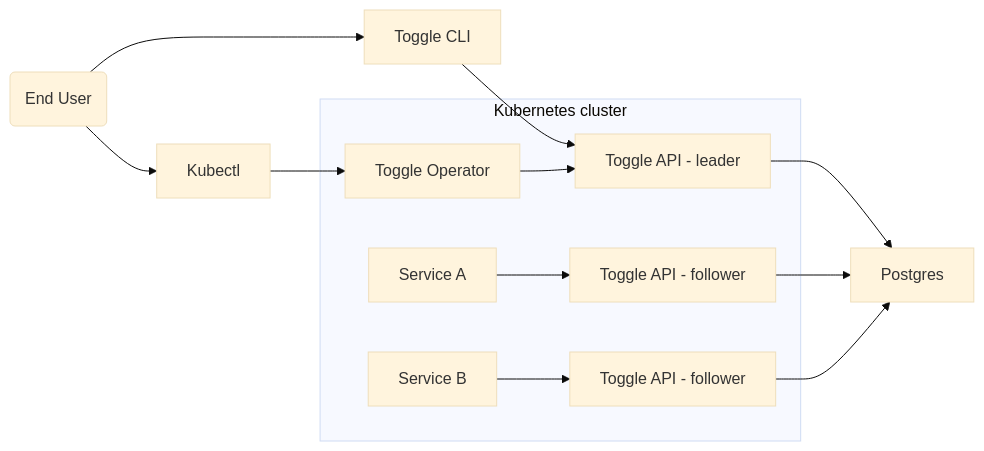
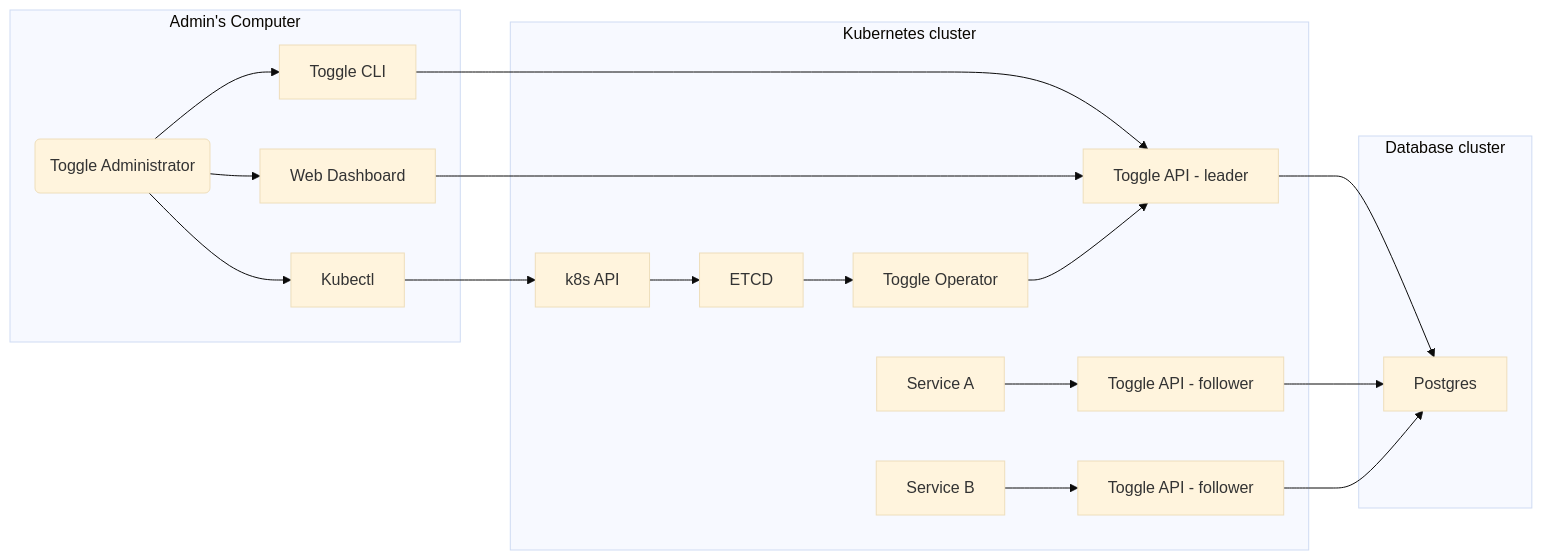
The first of 4 diagrams in README.md (programmablemike/toggle), drawn with Mermaid (base theme) before and after one commit.

Commit message:
Updated the Kubernetes deployment grtaph

````diff
--- a/README.md
+++ b/README.md
@@ -50,22 +50,27 @@
 ```mermaid
 graph LR
-    user(End User)
-    cli[Toggle CLI]
-    kubectl[Kubectl]
-    operator[Toggle Operator]
-    api1[Toggle API - leader]
-    api2[Toggle API - follower]
-    api3[Toggle API - follower]
-    service1[Service A]
-    service2[Service B]
-    db[Postgres]
-    user --> cli
-    user --> kubectl --> operator
-    cli --> api1
+    subgraph Admin's Computer
+        user(Toggle Administrator)
+        cli[Toggle CLI]
+        dashboard[Web Dashboard]
+        kubectl[Kubectl]
+    end
     subgraph Kubernetes cluster
-        operator --> api1
-        service1 --> api2
-        service2 --> api3
+        kubeapi[k8s API]
+        etcd[ETCD]
+        operator[Toggle Operator]
+        service1[Service A]
+        service2[Service B]
+        api1[Toggle API - leader]
+        api2[Toggle API - follower]
+        api3[Toggle API - follower]
     end
+    subgraph Database cluster
+        db[Postgres]
+    end
+    user --> cli & dashboard --> api1
+    user --> kubectl --> kubeapi --> etcd --> operator --> api1
+    service1 --> api2
+    service2 --> api3
     api1 & api2 & api3 --> db
 ```
````
